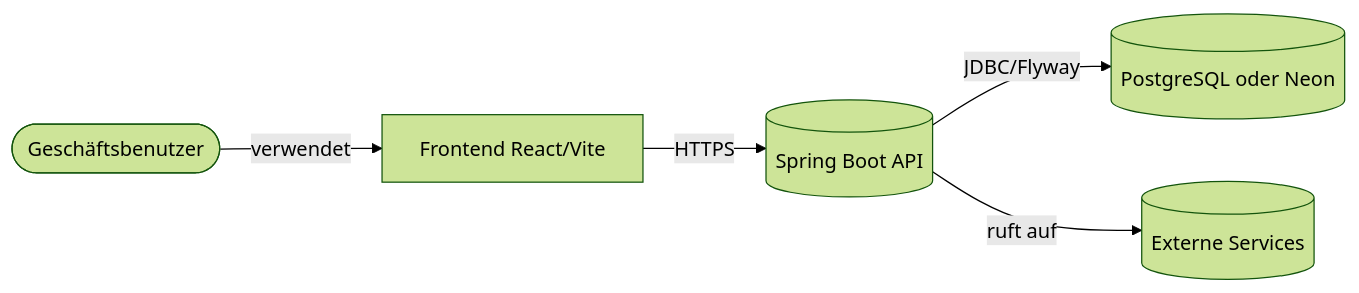
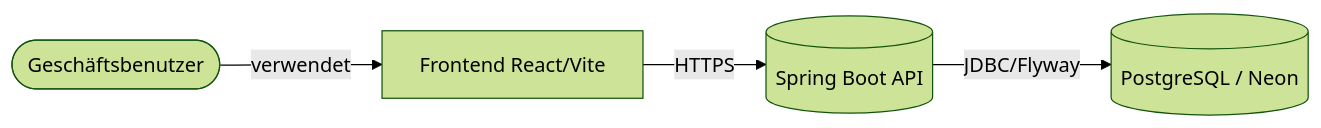
The first of 2 diagrams in docs/architecture/system/overview.de.md (Keglev/stockease), drawn with Mermaid (forest theme) before and after one commit. The commit also changed other lines of this file and 45 other files, not shown here.

Commit message:
refactored and reviewed all architecture docs; fix broken links in .html file for displaying the docs

````diff
--- a/docs/architecture/system/overview.de.md
+++ b/docs/architecture/system/overview.de.md
@@ -31,7 +21,6 @@
 ```mermaid
 graph LR
   User([Geschäftsbenutzer]) -->|verwendet| Frontend[Frontend React/Vite]
   Frontend -->|HTTPS| API[(Spring Boot API)]
-  API -->|JDBC/Flyway| DB[(PostgreSQL oder Neon)]
-  API -->|ruft auf| External[(Externe Services)]
+  API -->|JDBC/Flyway| DB[(PostgreSQL / Neon)]
 ```
````
